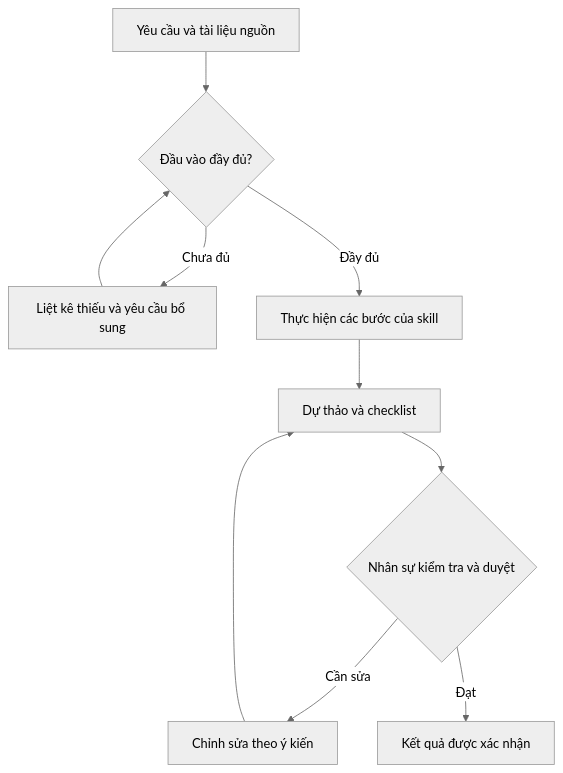
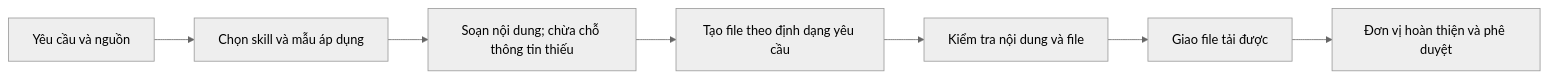
The diagram in README.md (phamtruong91/dh-skills), drawn with Mermaid (neutral theme) before and after one commit. The commit also changed other lines of this file, not shown here.

````diff
--- a/README.md
+++ b/README.md
@@ -148,12 +116,9 @@
 ```mermaid
-flowchart TD
-    REQ["Yêu cầu và tài liệu nguồn"] --> CHECK{"Đầu vào đầy đủ?"}
-    CHECK -->|Chưa đủ| ASK["Liệt kê thiếu và yêu cầu bổ sung"]
-    ASK --> CHECK
-    CHECK -->|Đầy đủ| DO["Thực hiện các bước của skill"]
-    DO --> DRAFT["Dự thảo và checklist"]
-    DRAFT --> REVIEW{"Nhân sự kiểm tra và duyệt"}
-    REVIEW -->|Cần sửa| FIX["Chỉnh sửa theo ý kiến"]
-    FIX --> DRAFT
-    REVIEW -->|Đạt| OUT["Kết quả được xác nhận"]
+flowchart LR
+    A["Yêu cầu và nguồn"] --> B["Chọn skill và mẫu áp dụng"]
+    B --> C["Soạn nội dung; chừa chỗ thông tin thiếu"]
+    C --> D["Tạo file theo định dạng yêu cầu"]
+    D --> E["Kiểm tra nội dung và file"]
+    E --> F["Giao file tải được"]
+    F --> G["Đơn vị hoàn thiện và phê duyệt"]
 ```
````
